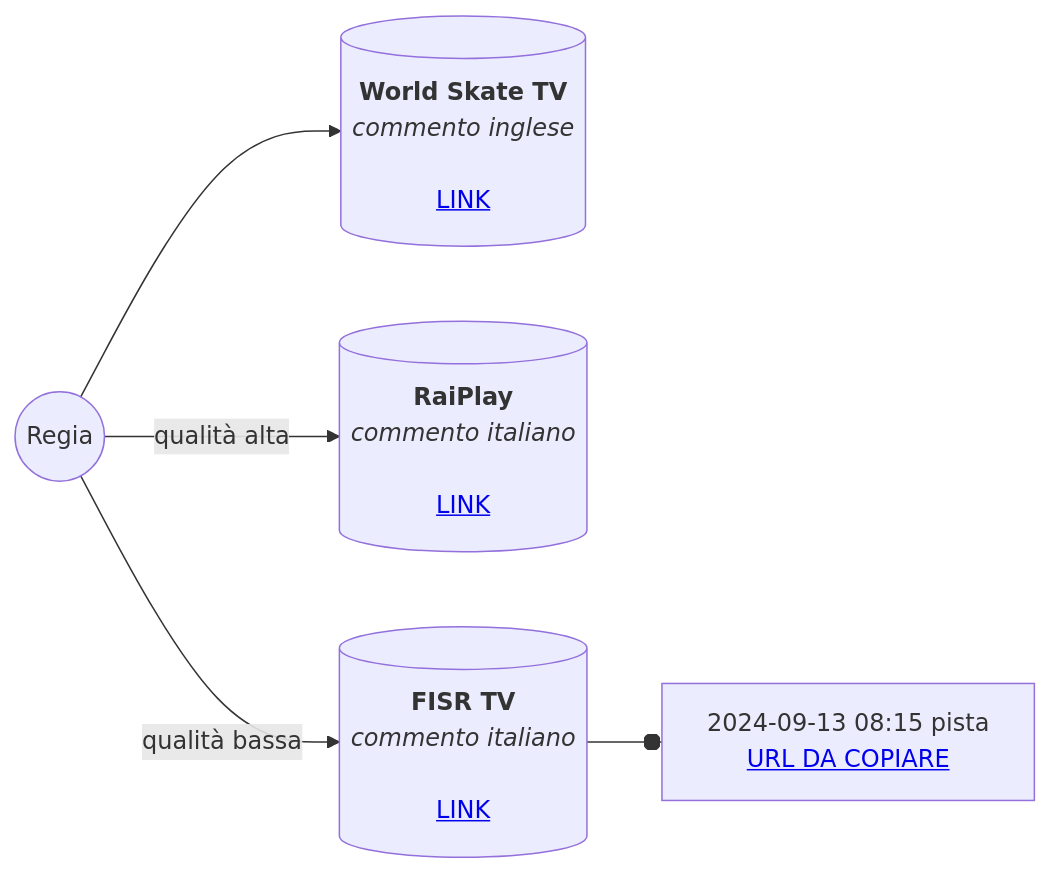
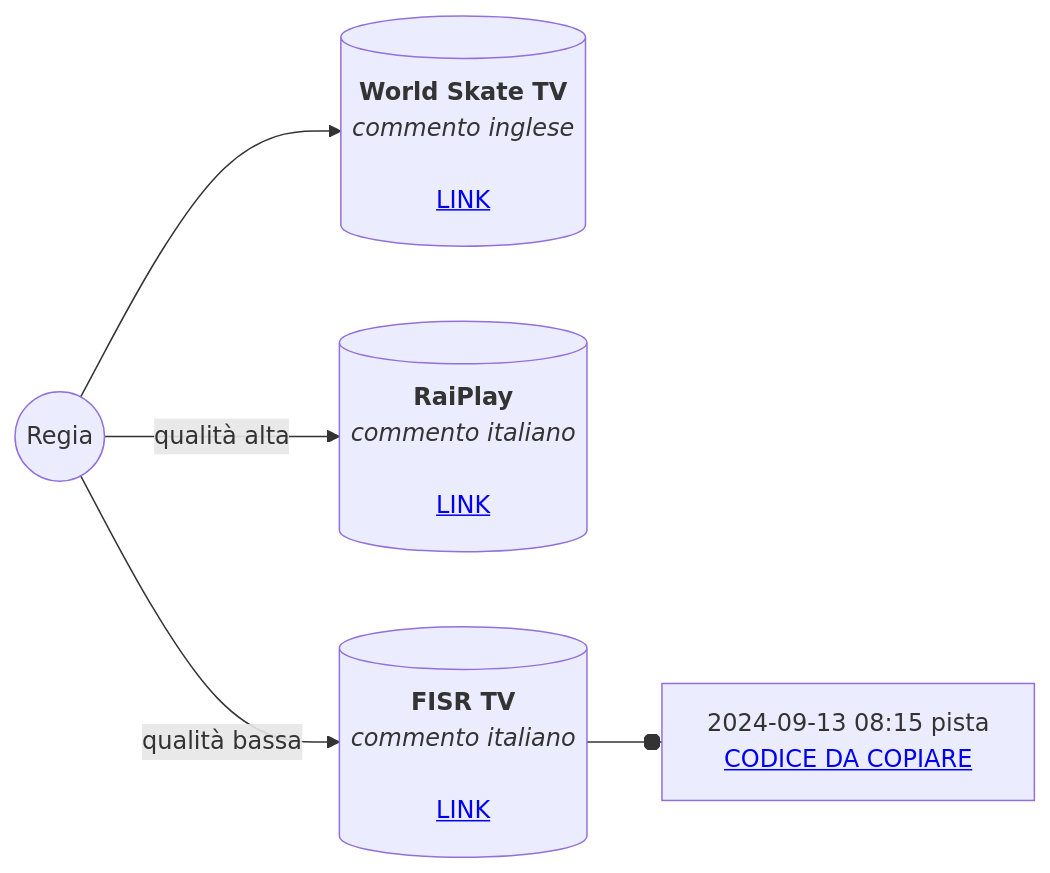
One commit to aiBR3/WSG2024-video changed the diagram in README.md. Above: the diagram before and after it, drawn with Mermaid. The commit also changed other lines of this file, not shown here.

````diff
--- a/README.md
+++ b/README.md
@@ -3,7 +3,7 @@
 ```mermaid
 flowchart LR
     Regia((Regia)) --> WSG[("<strong>World Skate TV</strong><br><i>commento inglese</i><br><br><a href="https://worldskate.tv/world-skate-games/wsg-2024/wsg-inline-speed-2024" target="_blank">LINK</a>")]
     Regia -- qualità alta --> Rai[("<strong>RaiPlay</strong><br><i>commento italiano</i><br><br><a href="https://www.raiplay.it/guidatv?channel=rai-sport" target="_blank">LINK</a>")]
     Regia -- qualità bassa --> FISR[("<strong>FISR TV</strong><br><i>commento italiano</i><br><br><a href="https://fisrtv.it/" target="_blank">LINK</a>")]
-    FISR --o sorgente1["2024-09-13 08:15 pista<br><a href="https://github.com/aiBR3/WSG2024-video#fisr-tv---2024-09-13-0815-pista">URL DA COPIARE</a>"]
+    FISR --o sorgente1["2024-09-13 08:15 pista<br><a href="https://github.com/aiBR3/WSG2024-video#fisr-tv---2024-09-13-0815-pista">CODICE DA COPIARE</a>"]
 ```
````
